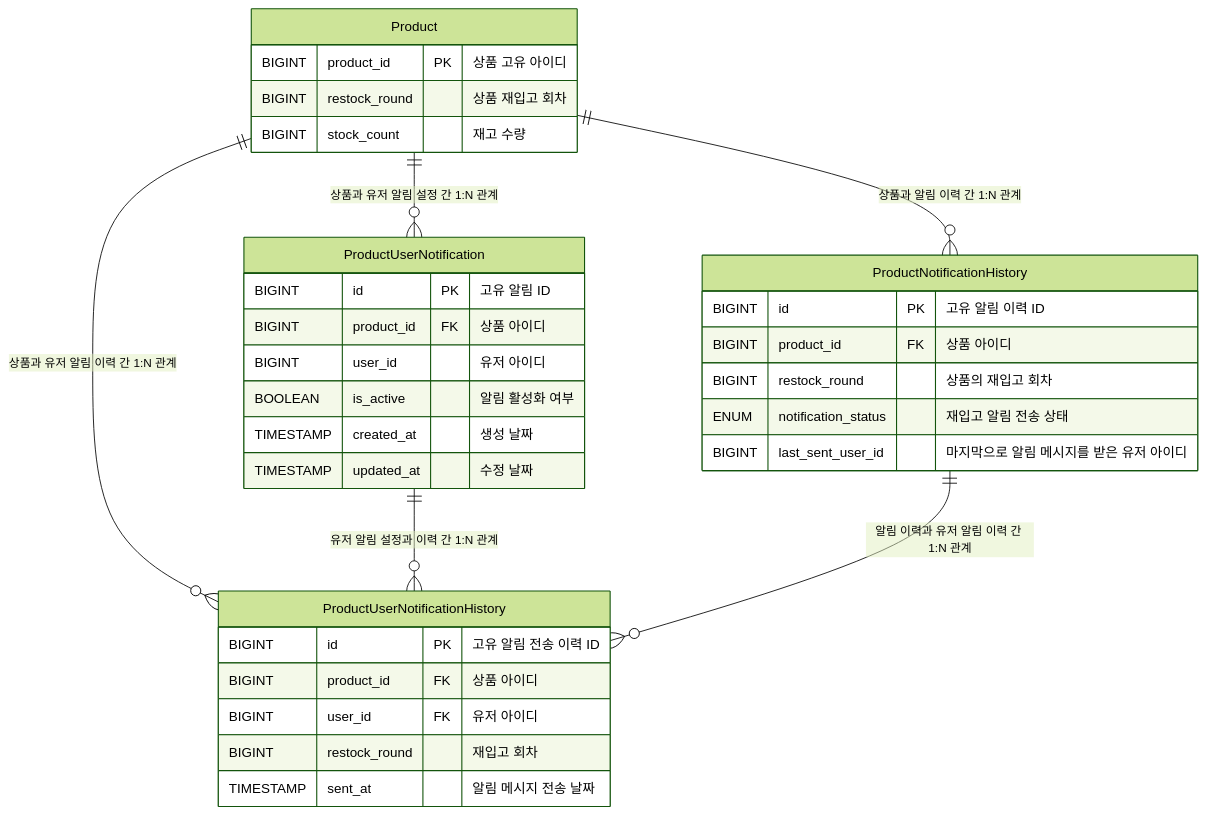
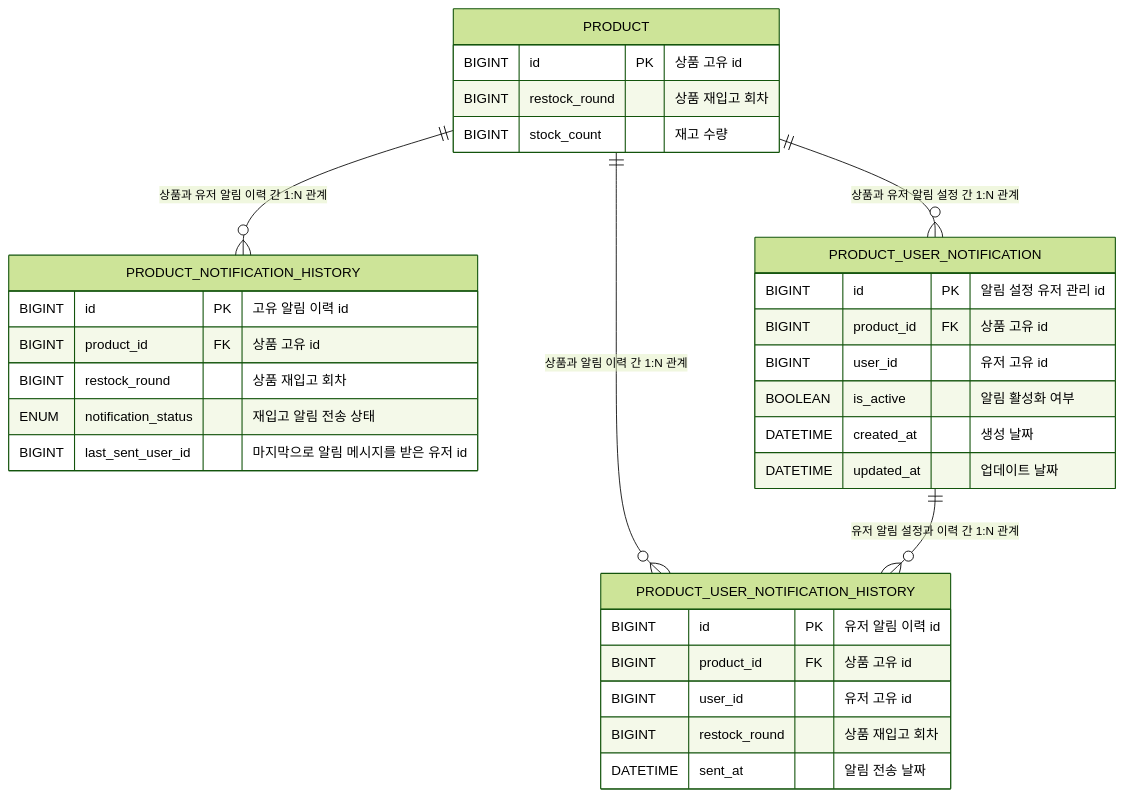
One commit to gpfksdlrn/restockAlertService changed the diagram in docs/erd.md. Above: the diagram before and after it, drawn with Mermaid (forest theme). The commit also changed 1 other file, not shown here.

Commit message:
fix: DB ddl, erd 수정

````diff
--- a/docs/erd.md
+++ b/docs/erd.md
@@ -2,38 +2,38 @@
 ```mermaid
 erDiagram
-    Product {
-        BIGINT product_id PK "상품 고유 아이디"
+    PRODUCT {
+        BIGINT id PK "상품 고유 id"
         BIGINT restock_round "상품 재입고 회차"
         BIGINT stock_count "재고 수량"
     }
 
-    ProductNotificationHistory {
-        BIGINT id PK "고유 알림 이력 ID"
-        BIGINT product_id FK "상품 아이디"
-        BIGINT restock_round "상품의 재입고 회차"
+    PRODUCT_NOTIFICATION_HISTORY {
+        BIGINT id PK "고유 알림 이력 id"
+        BIGINT product_id FK "상품 고유 id"
+        BIGINT restock_round "상품 재입고 회차"
         ENUM notification_status "재입고 알림 전송 상태"
-        BIGINT last_sent_user_id "마지막으로 알림 메시지를 받은 유저 아이디"
+        BIGINT last_sent_user_id "마지막으로 알림 메시지를 받은 유저 id"
     }
-    Product ||--o{ ProductNotificationHistory : "상품과 알림 이력 간 1:N 관계"
+    
+    PRODUCT_USER_NOTIFICATION {
+        BIGINT id PK "알림 설정 유저 관리 id"
+        BIGINT product_id FK "상품 고유 id"
+        BIGINT user_id "유저 고유 id"
+        BOOLEAN is_active "알림 활성화 여부"
+        DATETIME created_at "생성 날짜"
+        DATETIME updated_at "업데이트 날짜"
+    }
 
-    ProductUserNotification {
-        BIGINT id PK "고유 알림 ID"
-        BIGINT product_id FK "상품 아이디"
-        BIGINT user_id "유저 아이디"
-        BOOLEAN is_active "알림 활성화 여부"
-        TIMESTAMP created_at "생성 날짜"
-        TIMESTAMP updated_at "수정 날짜"
+    PRODUCT_USER_NOTIFICATION_HISTORY {
+        BIGINT id PK "유저 알림 이력 id"
+        BIGINT product_id FK "상품 고유 id"
+        BIGINT user_id "유저 고유 id"
+        BIGINT restock_round "상품 재입고 회차"
+        DATETIME sent_at "알림 전송 날짜"
     }
-    Product ||--o{ ProductUserNotification : "상품과 유저 알림 설정 간 1:N 관계"
-
-    ProductUserNotificationHistory {
-        BIGINT id PK "고유 알림 전송 이력 ID"
-        BIGINT product_id FK "상품 아이디"
-        BIGINT user_id FK "유저 아이디"
-        BIGINT restock_round "재입고 회차"
-        TIMESTAMP sent_at "알림 메시지 전송 날짜"
-    }
-    Product ||--o{ ProductUserNotificationHistory : "상품과 유저 알림 이력 간 1:N 관계"
-    ProductUserNotification ||--o{ ProductUserNotificationHistory : "유저 알림 설정과 이력 간 1:N 관계"
-    ProductNotificationHistory ||--o{ ProductUserNotificationHistory : "알림 이력과 유저 알림 이력 간 1:N 관계"
+    
+    PRODUCT ||--o{ PRODUCT_NOTIFICATION_HISTORY : "상품과 유저 알림 이력 간 1:N 관계"
+    PRODUCT ||--o{ PRODUCT_USER_NOTIFICATION : "상품과 유저 알림 설정 간 1:N 관계"
+    PRODUCT ||--o{ PRODUCT_USER_NOTIFICATION_HISTORY : "상품과 알림 이력 간 1:N 관계"
+    PRODUCT_USER_NOTIFICATION ||--o{ PRODUCT_USER_NOTIFICATION_HISTORY : "유저 알림 설정과 이력 간 1:N 관계"
 ```
````
